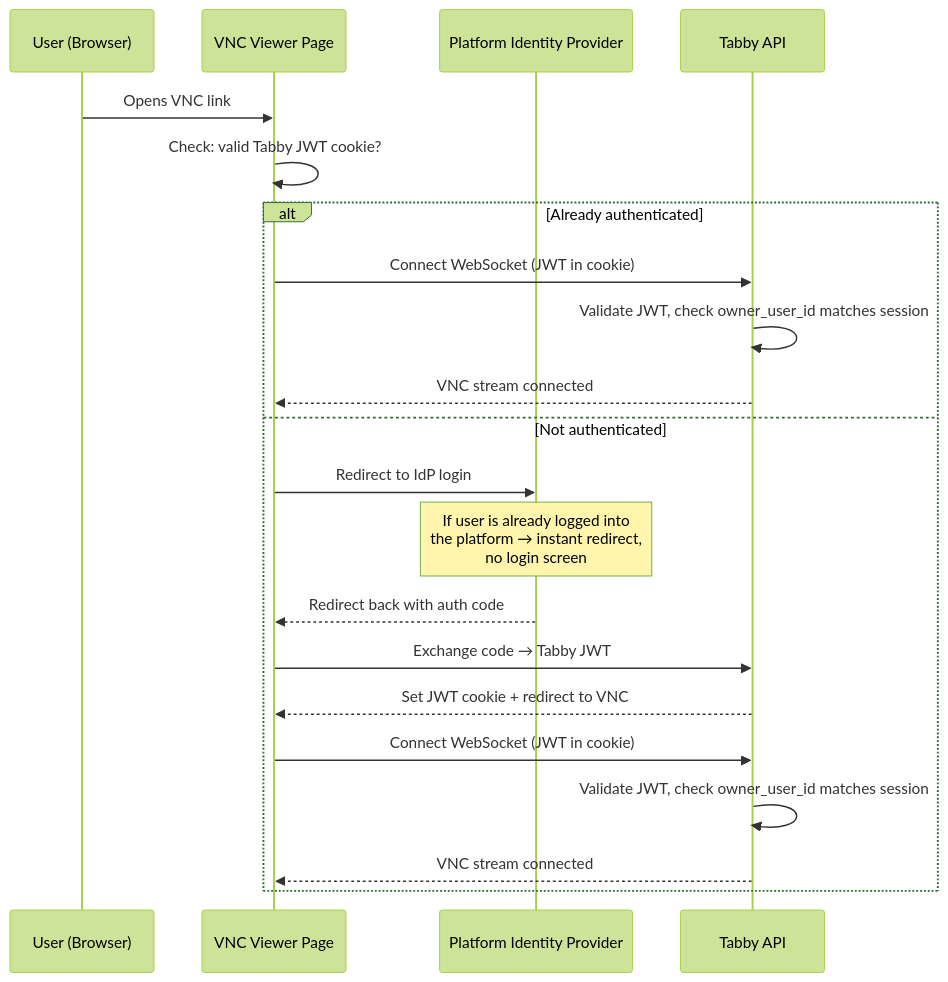
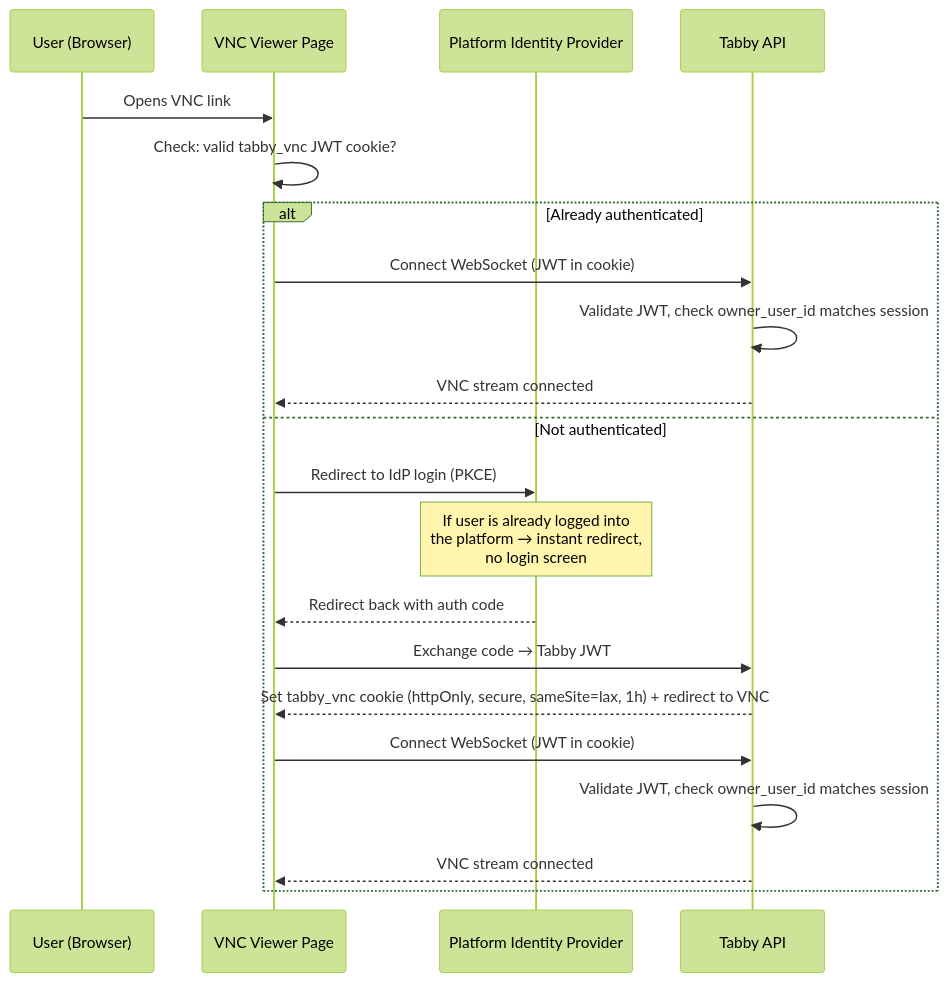
One commit to adoptai/tabby changed the third of 3 diagrams in docs/session-security.md. Above: the diagram before and after it, drawn with Mermaid (forest theme). The commit also changed other lines of this file and 7 other files, not shown here.

````diff
--- a/docs/session-security.md
+++ b/docs/session-security.md
@@ -63,25 +239,25 @@
 ```mermaid
 sequenceDiagram
     participant User as User (Browser)
     participant Viewer as VNC Viewer Page
     participant IdP as Platform Identity Provider
     participant Tabby as Tabby API
 
     User->>Viewer: Opens VNC link
-    Viewer->>Viewer: Check: valid Tabby JWT cookie?
+    Viewer->>Viewer: Check: valid tabby_vnc JWT cookie?
 
     alt Already authenticated
         Viewer->>Tabby: Connect WebSocket (JWT in cookie)
         Tabby->>Tabby: Validate JWT, check owner_user_id matches session
         Tabby-->>Viewer: VNC stream connected
     else Not authenticated
-        Viewer->>IdP: Redirect to IdP login
+        Viewer->>IdP: Redirect to IdP login (PKCE)
         Note over IdP: If user is already logged into<br/>the platform → instant redirect,<br/>no login screen
         IdP-->>Viewer: Redirect back with auth code
         Viewer->>Tabby: Exchange code → Tabby JWT
-        Tabby-->>Viewer: Set JWT cookie + redirect to VNC
+        Tabby-->>Viewer: Set tabby_vnc cookie (httpOnly, secure, sameSite=lax, 1h) + redirect to VNC
         Viewer->>Tabby: Connect WebSocket (JWT in cookie)
         Tabby->>Tabby: Validate JWT, check owner_user_id matches session
         Tabby-->>Viewer: VNC stream connected
     end
 ```
````
